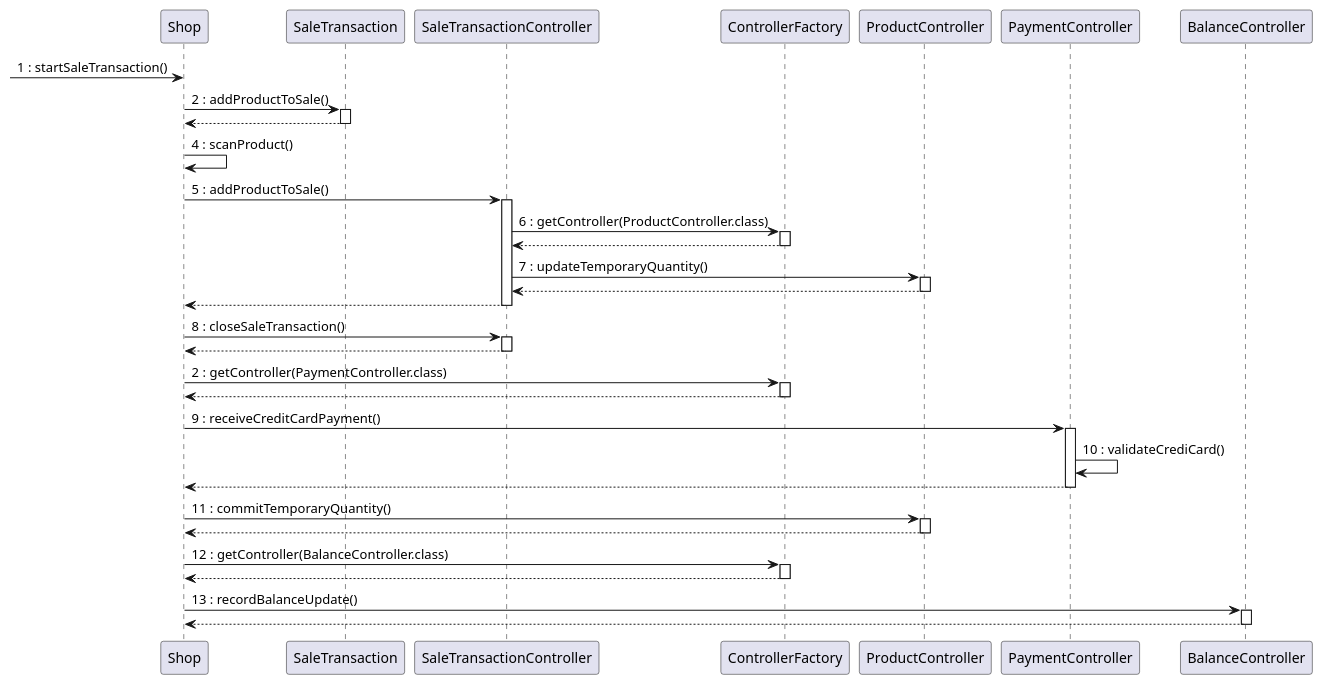
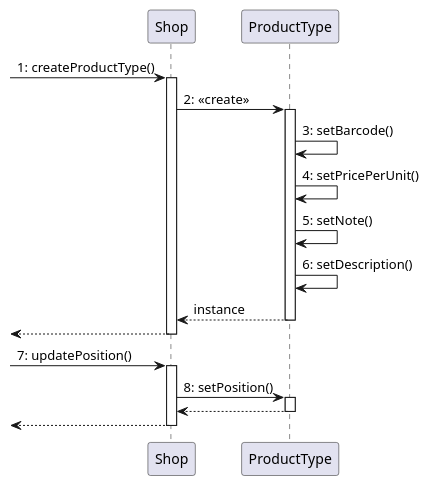
The fourth of 4 diagrams in Deliverables/DesignDocument.md (MatteoBattilana/EzShop), drawn with PlantUML before and after one commit. The commit also changed other lines of this file, not shown here.

Commit message:
docs: updated methods name

````diff
--- a/Deliverables/DesignDocument.md
+++ b/Deliverables/DesignDocument.md
@@ -351,43 +352,24 @@
 ```plantuml
 @startuml
--> Shop:1 : startSaleTransaction()
-Shop -> SaleTransaction:2 : addProductToSale()
-activate SaleTransaction
+->Shop: 1: createProductType()
+activate Shop
+Shop -> ProductType: 2: <<create>>
+
+activate ProductType
+
+ProductType ->ProductType:   3: setBarcode()
+
+ProductType ->ProductType:   4: setPricePerUnit()
+
+ProductType ->ProductType:   5: setNote()
+ProductType ->ProductType:   6: setDescription()
+return instance
 return
-
-Shop -> Shop:4 : scanProduct()
-
-Shop -> SaleTransactionController:5 : addProductToSale()
-activate SaleTransactionController
-  SaleTransactionController -> ControllerFactory:6 : getController(ProductController.class)
-  activate ControllerFactory
-  return
-  SaleTransactionController -> ProductController:7 : updateTemporaryQuantity()
-  activate ProductController
-  return
+->Shop: 7: updatePosition()
+activate Shop
+Shop -> ProductType: 8: setPosition()
+activate ProductType
 return
-Shop -> SaleTransactionController:8 : closeSaleTransaction()
-activate SaleTransactionController
 return
-
-Shop -> ControllerFactory:2 : getController(PaymentController.class)
-activate ControllerFactory
-return
-Shop -> PaymentController:9 : receiveCreditCardPayment()
-activate PaymentController
-  PaymentController -> PaymentController:10 : validateCrediCard()
-return
-
-Shop -> ProductController:11 : commitTemporaryQuantity()
-activate ProductController
-return
-
-Shop -> ControllerFactory:12 : getController(BalanceController.class)
-activate ControllerFactory
-return
-Shop -> BalanceController: 13 : recordBalanceUpdate()
-activate BalanceController
-return
-
 @enduml
 ```
````
